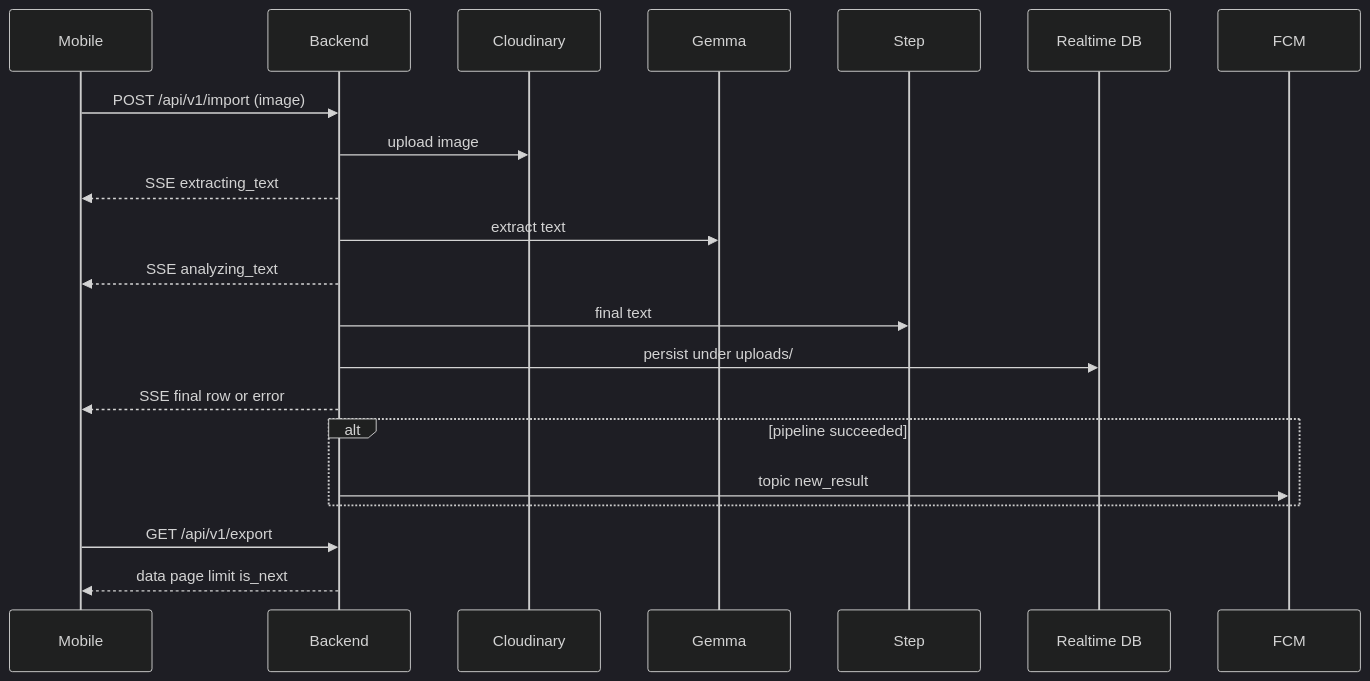
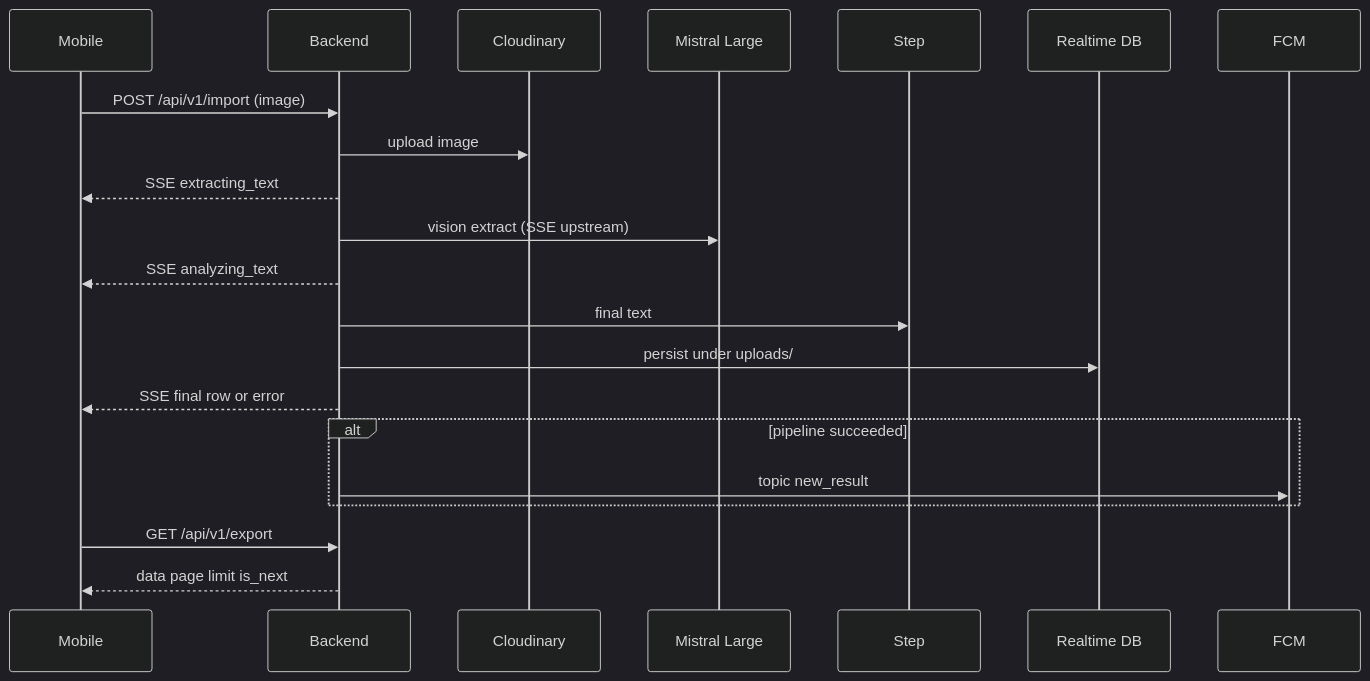
The diagram in docs/workflow.md (lowjungxuandev/GRIM), drawn with Mermaid (dark theme) before and after one commit. The commit also changed other lines of this file and 95 other files, not shown here.

First line of the commit message:
feat: Mistral vision pipeline, prompts API, mobile grim_core

````diff
--- a/docs/workflow.md
+++ b/docs/workflow.md
@@ -14,23 +14,23 @@
 ```mermaid
 sequenceDiagram
   participant M as Mobile
   participant B as Backend
   participant C as Cloudinary
-  participant G as Gemma
+  participant V as Mistral Large
   participant S as Step
   participant R as Realtime DB
   participant F as FCM
   M->>B: POST /api/v1/import (image)
   B->>C: upload image
   B-->>M: SSE extracting_text
-  B->>G: extract text
+  B->>V: vision extract (SSE upstream)
   B-->>M: SSE analyzing_text
   B->>S: final text
   B->>R: persist under uploads/
   B-->>M: SSE final row or error
   alt pipeline succeeded
     B->>F: topic new_result
   end
   M->>B: GET /api/v1/export
   B-->>M: data page limit is_next
 ```
````
